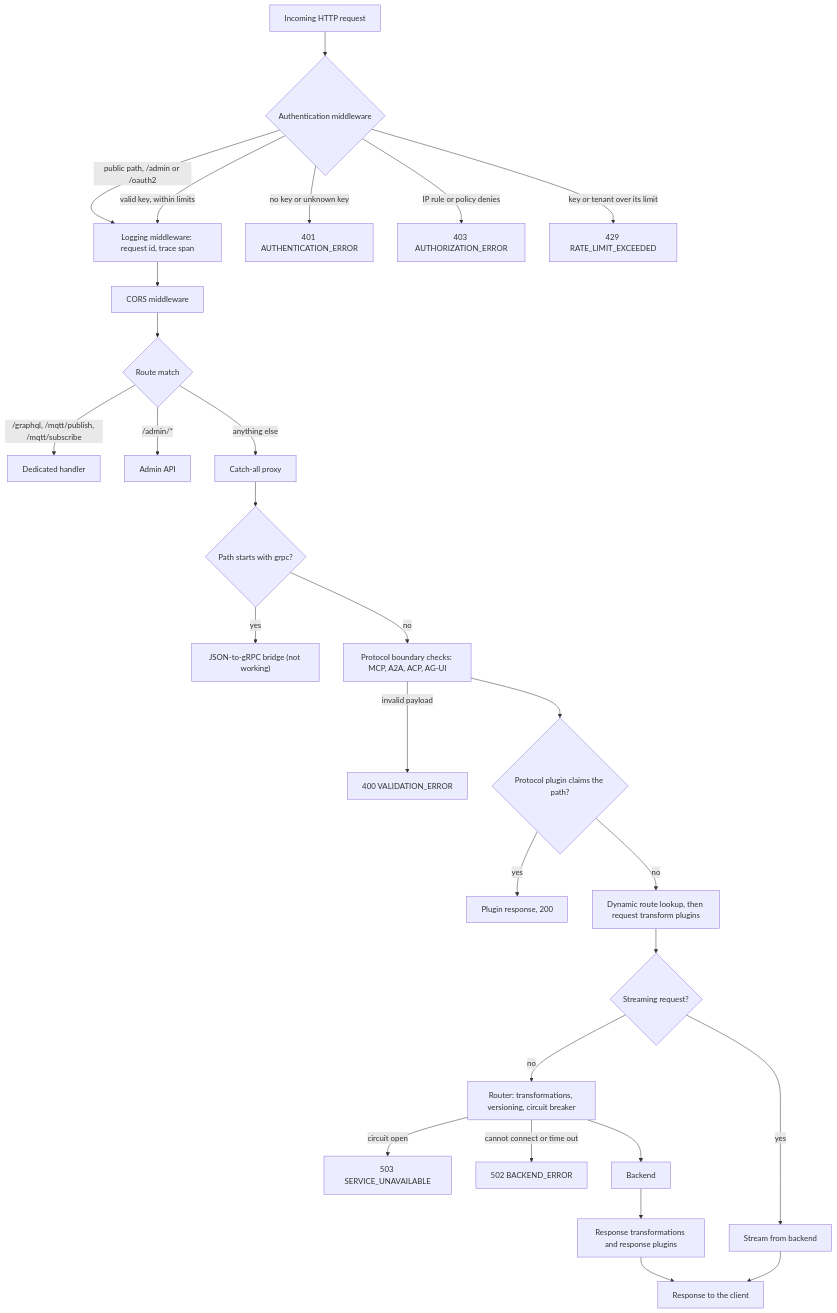
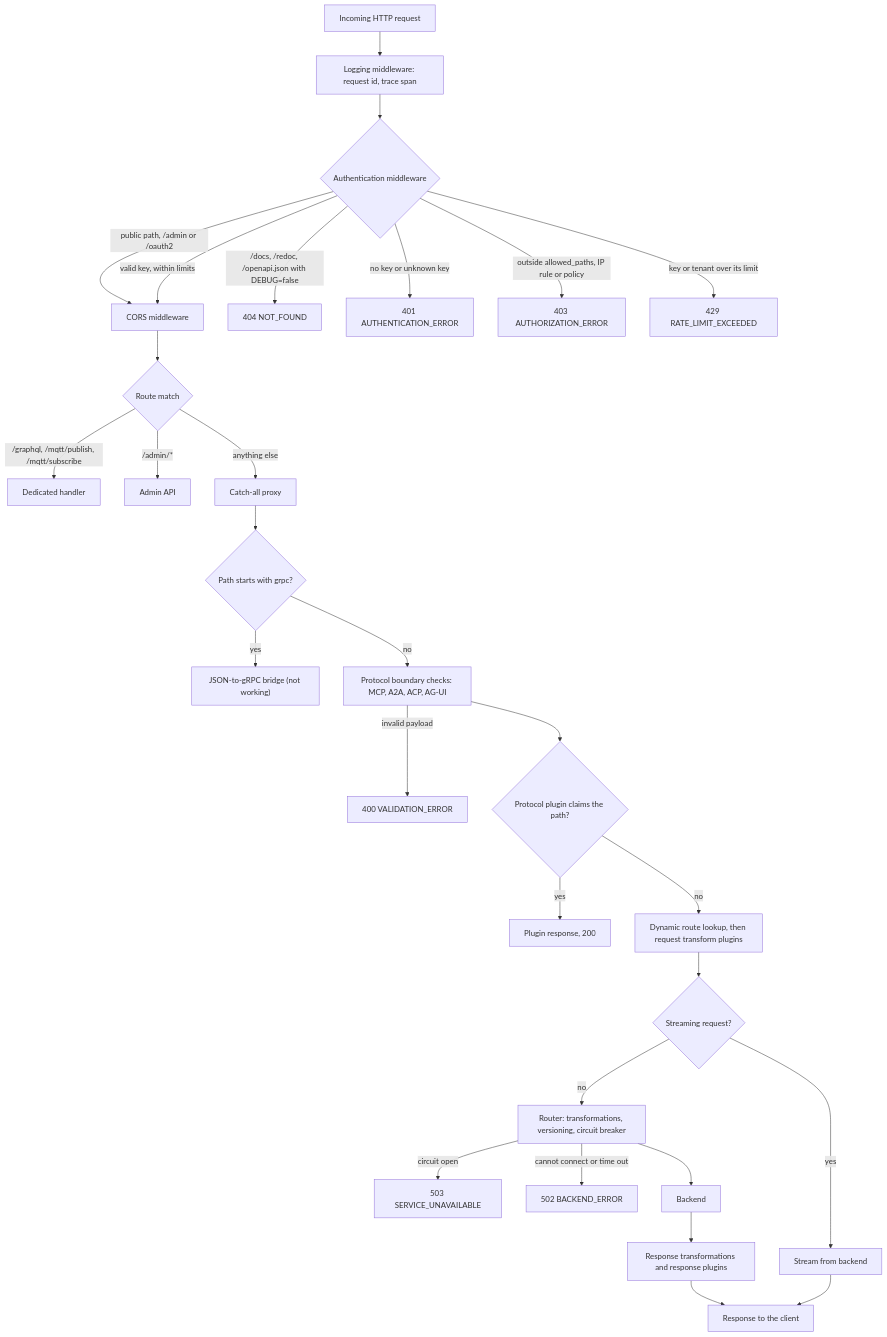
One commit to agentanywhere/agentanywhere-universal-gateway changed the second of 2 diagrams in docs/explanation/architecture.md. Above: the diagram before and after it, drawn with Mermaid. The commit also changed other lines of this file and 40 other files, not shown here.

````diff
--- a/docs/explanation/architecture.md
+++ b/docs/explanation/architecture.md
@@ -74,30 +80,31 @@
 ```mermaid
 flowchart TD
-    req["Incoming HTTP request"] --> auth{"Authentication middleware"}
-    auth -- "public path, /admin or /oauth2" --> log
+    req["Incoming HTTP request"] --> log["Logging middleware: request id, trace span"]
+    log --> auth{"Authentication middleware"}
+    auth -- "public path, /admin or /oauth2" --> cors
+    auth -- "/docs, /redoc, /openapi.json with DEBUG=false" --> r404["404 NOT_FOUND"]
     auth -- "no key or unknown key" --> r401["401 AUTHENTICATION_ERROR"]
-    auth -- "IP rule or policy denies" --> r403["403 AUTHORIZATION_ERROR"]
+    auth -- "outside allowed_paths, IP rule or policy" --> r403["403 AUTHORIZATION_ERROR"]
     auth -- "key or tenant over its limit" --> r429["429 RATE_LIMIT_EXCEEDED"]
-    auth -- "valid key, within limits" --> log["Logging middleware: request id, trace span"]
-    log --> cors["CORS middleware"]
+    auth -- "valid key, within limits" --> cors["CORS middleware"]
     cors --> route{"Route match"}
     route -- "/graphql, /mqtt/publish, /mqtt/subscribe" --> special["Dedicated handler"]
     route -- "/admin/*" --> admin["Admin API"]
     route -- "anything else" --> proxy["Catch-all proxy"]
     proxy --> grpc{"Path starts with grpc?"}
     grpc -- "yes" --> grpcbridge["JSON-to-gRPC bridge (not working)"]
     grpc -- "no" --> boundary["Protocol boundary checks: MCP, A2A, ACP, AG-UI"]
     boundary -- "invalid payload" --> r400["400 VALIDATION_ERROR"]
     boundary --> pplugin{"Protocol plugin claims the path?"}
     pplugin -- "yes" --> pluginresp["Plugin response, 200"]
     pplugin -- "no" --> dyn["Dynamic route lookup, then request transform plugins"]
     dyn --> stream{"Streaming request?"}
     stream -- "yes" --> sproxy["Stream from backend"]
     stream -- "no" --> router["Router: transformations, versioning, circuit breaker"]
     router -- "circuit open" --> r503["503 SERVICE_UNAVAILABLE"]
     router -- "cannot connect or time out" --> r502["502 BACKEND_ERROR"]
     router --> backend["Backend"]
     backend --> resp["Response transformations and response plugins"]
     resp --> client["Response to the client"]
     sproxy --> client
 ```
````
